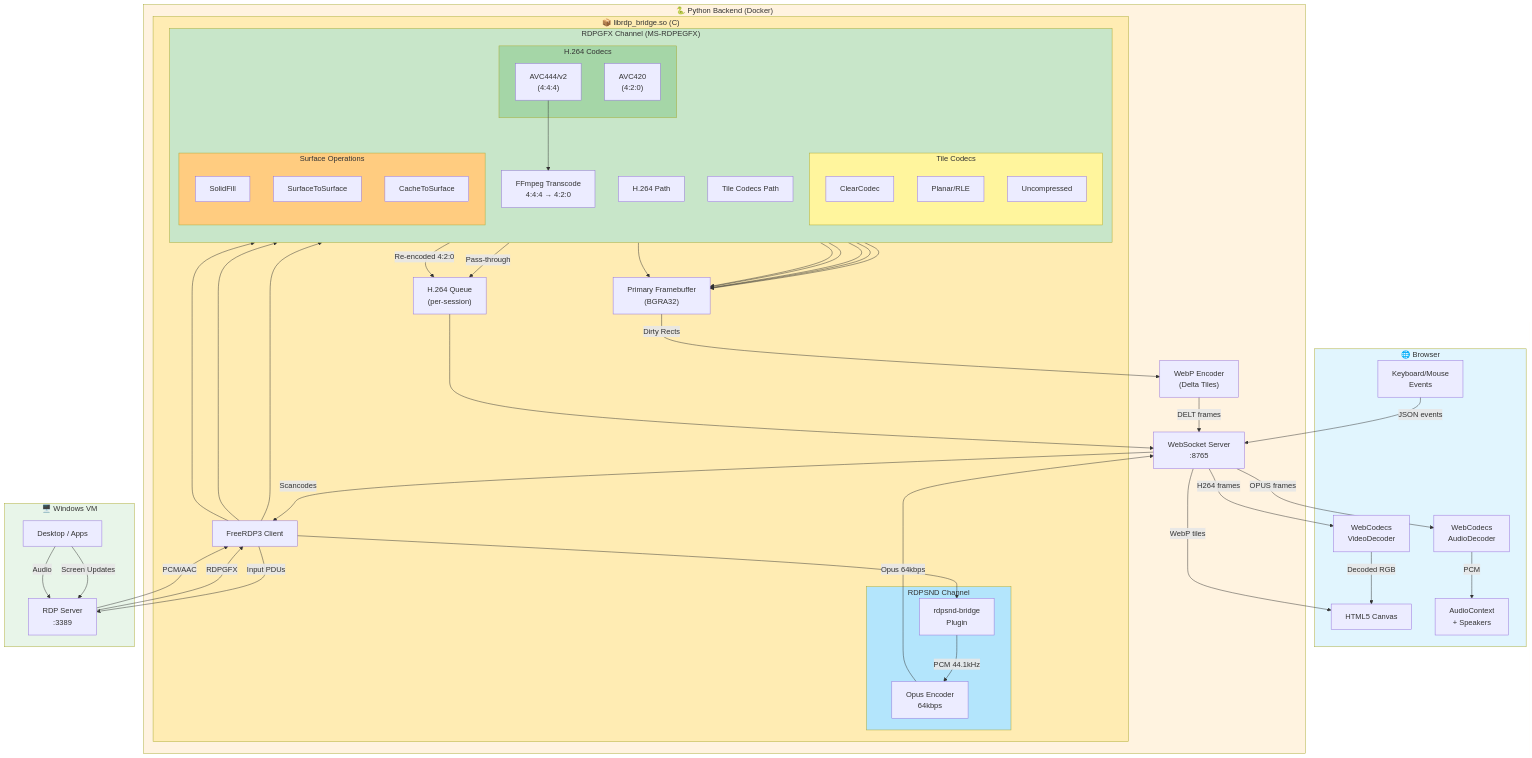
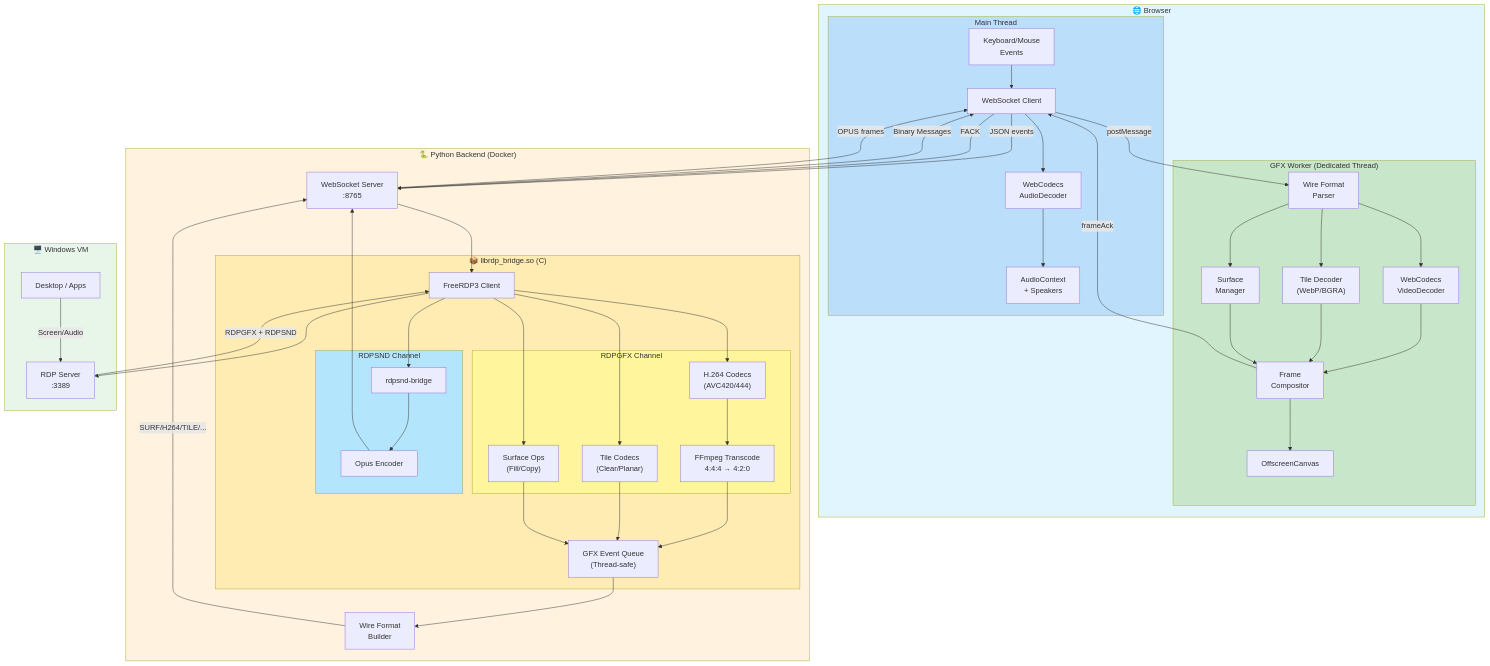
The diagram in README.md (qxsch/freerdp-web), drawn with Mermaid before and after one commit. The commit also changed other lines of this file, not shown here.

````diff
--- a/README.md
+++ b/README.md
@@ -427,54 +478,43 @@
 ```mermaid
 flowchart TB
     subgraph Browser["🌐 Browser"]
-        Canvas["HTML5 Canvas"]
-        VideoDecoder["WebCodecs<br/>VideoDecoder"]
-        AudioDecoder["WebCodecs<br/>AudioDecoder"]
-        AudioCtx["AudioContext<br/>+ Speakers"]
-        Input["Keyboard/Mouse<br/>Events"]
+        subgraph MainThread["Main Thread"]
+            WS_Client["WebSocket Client"]
+            AudioDecoder["WebCodecs<br/>AudioDecoder"]
+            AudioCtx["AudioContext<br/>+ Speakers"]
+            Input["Keyboard/Mouse<br/>Events"]
+        end
+        
+        subgraph GFXWorker["GFX Worker (Dedicated Thread)"]
+            WireParser["Wire Format<br/>Parser"]
+            SurfaceMgr["Surface<br/>Manager"]
+            VideoDecoder["WebCodecs<br/>VideoDecoder"]
+            TileDecoder["Tile Decoder<br/>(WebP/BGRA)"]
+            Compositor["Frame<br/>Compositor"]
+            OffscreenCanvas["OffscreenCanvas"]
+        end
     end
 
     subgraph Backend["🐍 Python Backend (Docker)"]
-        WS["WebSocket Server<br/>:8765"]
+        WS_Server["WebSocket Server<br/>:8765"]
+        WireFormat["Wire Format<br/>Builder"]
         
         subgraph Native["📦 librdp_bridge.so (C)"]
             FreeRDP["FreeRDP3 Client"]
+            GFXQueue["GFX Event Queue<br/>(Thread-safe)"]
             
-            subgraph GFX["RDPGFX Channel (MS-RDPEGFX)"]
-                direction TB
-                H264Path["H.264 Path"]
-                TilePath["Tile Codecs Path"]
-                
-                subgraph H264Codecs["H.264 Codecs"]
-                    AVC420["AVC420<br/>(4:2:0)"]
-                    AVC444["AVC444/v2<br/>(4:4:4)"]
-                end
-                
-                subgraph TileCodecs["Tile Codecs"]
-                    ClearCodec["ClearCodec"]
-                    Planar["Planar/RLE"]
-                    Uncompressed["Uncompressed"]
-                end
-                
+            subgraph GFX["RDPGFX Channel"]
+                H264Codecs["H.264 Codecs<br/>(AVC420/444)"]
                 FFmpeg["FFmpeg Transcode<br/>4:4:4 → 4:2:0"]
-                
-                subgraph SurfaceOps["Surface Operations"]
-                    SolidFill["SolidFill"]
-                    S2S["SurfaceToSurface"]
-                    C2S["CacheToSurface"]
-                end
+                TileCodecs["Tile Codecs<br/>(Clear/Planar)"]
+                SurfaceOps["Surface Ops<br/>(Fill/Copy)"]
             end
             
             subgraph Audio["RDPSND Channel"]
-                Bridge["rdpsnd-bridge<br/>Plugin"]
-                Opus["Opus Encoder<br/>64kbps"]
+                Bridge["rdpsnd-bridge"]
+                Opus["Opus Encoder"]
             end
-            
-            H264Queue["H.264 Queue<br/>(per-session)"]
-            Framebuffer["Primary Framebuffer<br/>(BGRA32)"]
         end
-        
-        WebPEncoder["WebP Encoder<br/>(Delta Tiles)"]
     end
 
     subgraph WindowsVM["🖥️ Windows VM"]
@@ -482,57 +522,60 @@
         Desktop["Desktop / Apps"]
     end
 
-    %% Video encoding on server
-    Desktop -->|"Screen Updates"| RDP
-    RDP -->|"RDPGFX"| FreeRDP
+    %% RDP connection
+    Desktop -->|"Screen/Audio"| RDP
+    RDP -->|"RDPGFX + RDPSND"| FreeRDP
     
-    %% H.264 path (direct to browser)
+    %% GFX event processing
     FreeRDP --> H264Codecs
-    AVC420 -->|"Pass-through"| H264Queue
-    AVC444 --> FFmpeg
-    FFmpeg -->|"Re-encoded 4:2:0"| H264Queue
-    H264Queue --> WS
-    WS -->|"H264 frames"| VideoDecoder
-    VideoDecoder -->|"Decoded RGB"| Canvas
+    FreeRDP --> TileCodecs
+    FreeRDP --> SurfaceOps
+    H264Codecs --> FFmpeg
+    FFmpeg --> GFXQueue
+    TileCodecs --> GFXQueue
+    SurfaceOps --> GFXQueue
     
-    %% Tile codec path (decode to framebuffer, send as WebP)
-    FreeRDP --> TileCodecs
-    ClearCodec --> Framebuffer
-    Planar --> Framebuffer
-    Uncompressed --> Framebuffer
+    %% Wire format encoding
+    GFXQueue --> WireFormat
+    WireFormat -->|"SURF/H264/TILE/..."| WS_Server
     
-    %% Surface operations (direct framebuffer, dirty rects)
-    FreeRDP --> SurfaceOps
-    SolidFill --> Framebuffer
-    S2S --> Framebuffer
-    C2S --> Framebuffer
+    %% WebSocket to browser
+    WS_Server -->|"Binary Messages"| WS_Client
+    WS_Client -->|"postMessage"| WireParser
     
-    %% WebP delta path
-    Framebuffer -->|"Dirty Rects"| WebPEncoder
-    WebPEncoder -->|"DELT frames"| WS
-    WS -->|"WebP tiles"| Canvas
+    %% GFX Worker processing
+    WireParser --> SurfaceMgr
+    WireParser --> VideoDecoder
+    WireParser --> TileDecoder
+    VideoDecoder --> Compositor
+    TileDecoder --> Compositor
+    SurfaceMgr --> Compositor
+    Compositor --> OffscreenCanvas
 
-    %% Audio flow
-    Desktop -->|"Audio"| RDP
-    RDP -->|"PCM/AAC"| FreeRDP
+    %% Audio flow (main thread)
     FreeRDP --> Bridge
-    Bridge -->|"PCM 44.1kHz"| Opus
-    Opus -->|"Opus 64kbps"| WS
-    WS -->|"OPUS frames"| AudioDecoder
-    AudioDecoder -->|"PCM"| AudioCtx
+    Bridge --> Opus
+    Opus --> WS_Server
+    WS_Server -->|"OPUS frames"| WS_Client
+    WS_Client --> AudioDecoder
+    AudioDecoder --> AudioCtx
 
     %% Input flow
-    Input -->|"JSON events"| WS
-    WS -->|"Scancodes"| FreeRDP
-    FreeRDP -->|"Input PDUs"| RDP
+    Input --> WS_Client
+    WS_Client -->|"JSON events"| WS_Server
+    WS_Server --> FreeRDP
+    FreeRDP --> RDP
+
+    %% Flow control
+    Compositor -->|"frameAck"| WS_Client
+    WS_Client -->|"FACK"| WS_Server
 
     style Browser fill:#e1f5fe
     style Backend fill:#fff3e0
     style WindowsVM fill:#e8f5e9
     style Native fill:#ffecb3
-    style GFX fill:#c8e6c9
+    style MainThread fill:#bbdefb
+    style GFXWorker fill:#c8e6c9
+    style GFX fill:#fff59d
     style Audio fill:#b3e5fc
-    style H264Codecs fill:#a5d6a7
-    style TileCodecs fill:#fff59d
-    style SurfaceOps fill:#ffcc80
 ```
````
